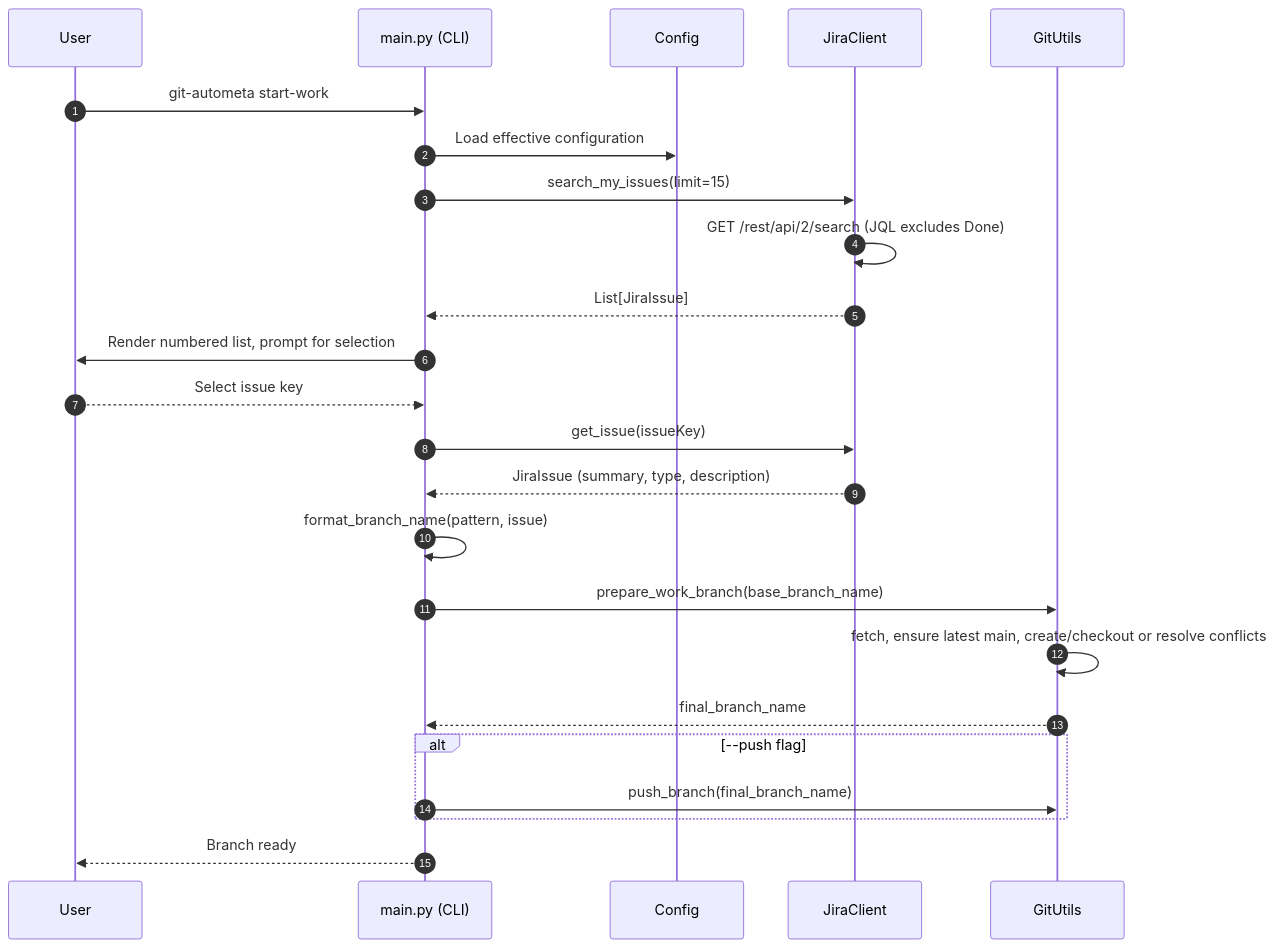
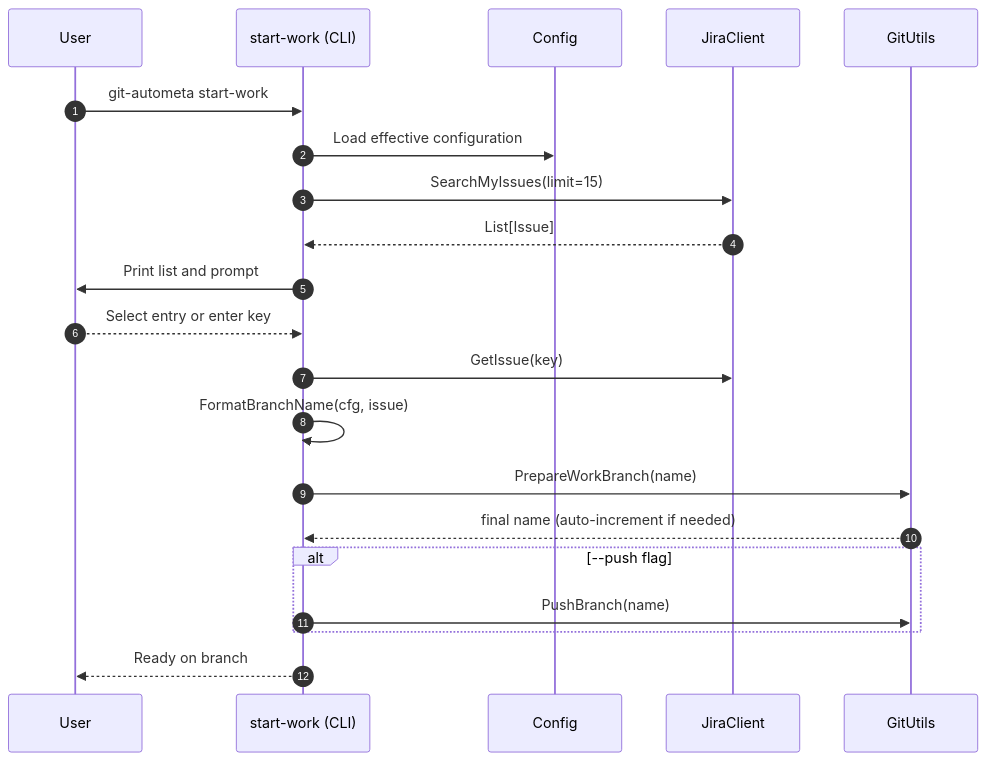
Before and after one commit to mbrt/git-autometa: the first of 2 diagrams in architecture.md, drawn with Mermaid. The commit also changed other lines of this file and 1 other file, not shown here.

````diff
--- a/architecture.md
+++ b/architecture.md
@@ -77,27 +73,24 @@
 ```mermaid
 sequenceDiagram
   autonumber
   participant User
-  participant CLI as main.py (CLI)
-  participant Config as Config
+  participant CLI as start-work (CLI)
+  participant Config
   participant JIRA as JiraClient
   participant Git as GitUtils
 
   User->>CLI: git-autometa start-work
   CLI->>Config: Load effective configuration
-  CLI->>JIRA: search_my_issues(limit=15)
-  JIRA->>JIRA: GET /rest/api/2/search (JQL excludes Done)
-  JIRA-->>CLI: List[JiraIssue]
-  CLI->>User: Render numbered list, prompt for selection
-  User-->>CLI: Select issue key
-  CLI->>JIRA: get_issue(issueKey)
-  JIRA-->>CLI: JiraIssue (summary, type, description)
-  CLI->>CLI: format_branch_name(pattern, issue)
-  CLI->>Git: prepare_work_branch(base_branch_name)
-  Git->>Git: fetch, ensure latest main, create/checkout or resolve conflicts
-  Git-->>CLI: final_branch_name
+  CLI->>JIRA: SearchMyIssues(limit=15)
+  JIRA-->>CLI: List[Issue]
+  CLI->>User: Print list and prompt
+  User-->>CLI: Select entry or enter key
+  CLI->>JIRA: GetIssue(key)
+  CLI->>CLI: FormatBranchName(cfg, issue)
+  CLI->>Git: PrepareWorkBranch(name)
+  Git-->>CLI: final name (auto-increment if needed)
   alt --push flag
-    CLI->>Git: push_branch(final_branch_name)
+    CLI->>Git: PushBranch(name)
   end
-  CLI-->>User: Branch ready
+  CLI-->>User: Ready on branch
 ```
````
